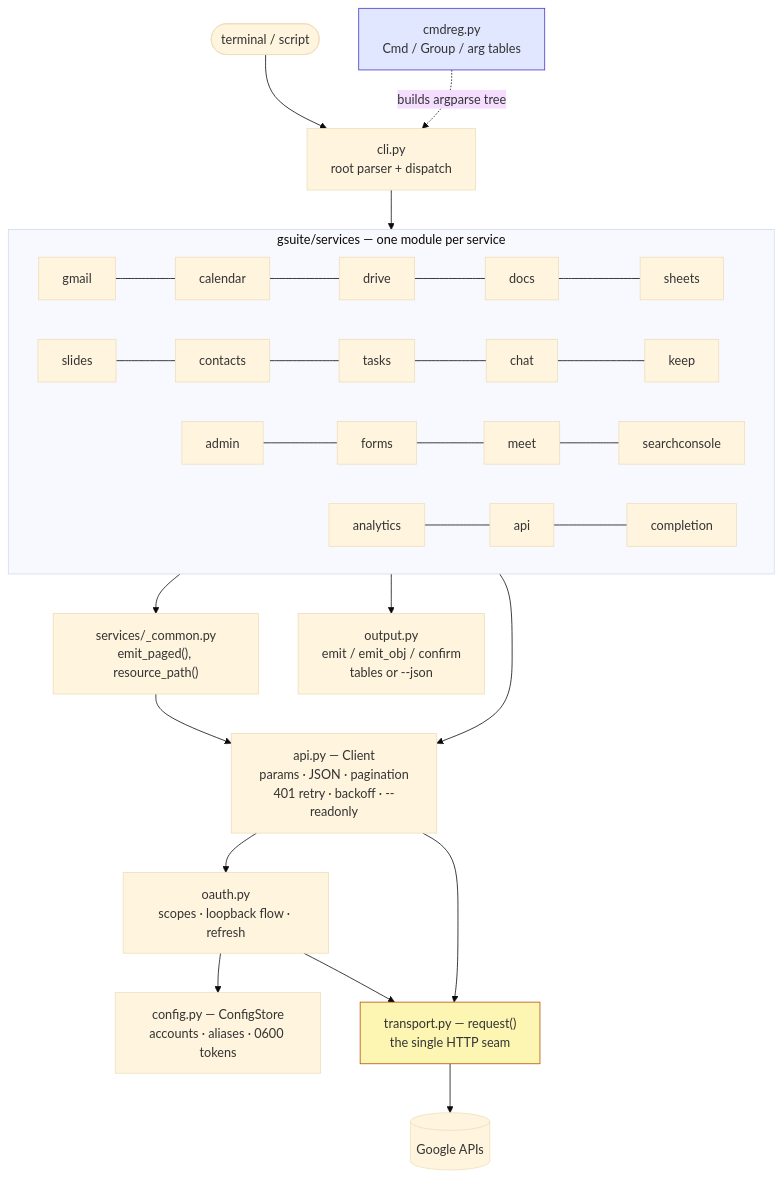
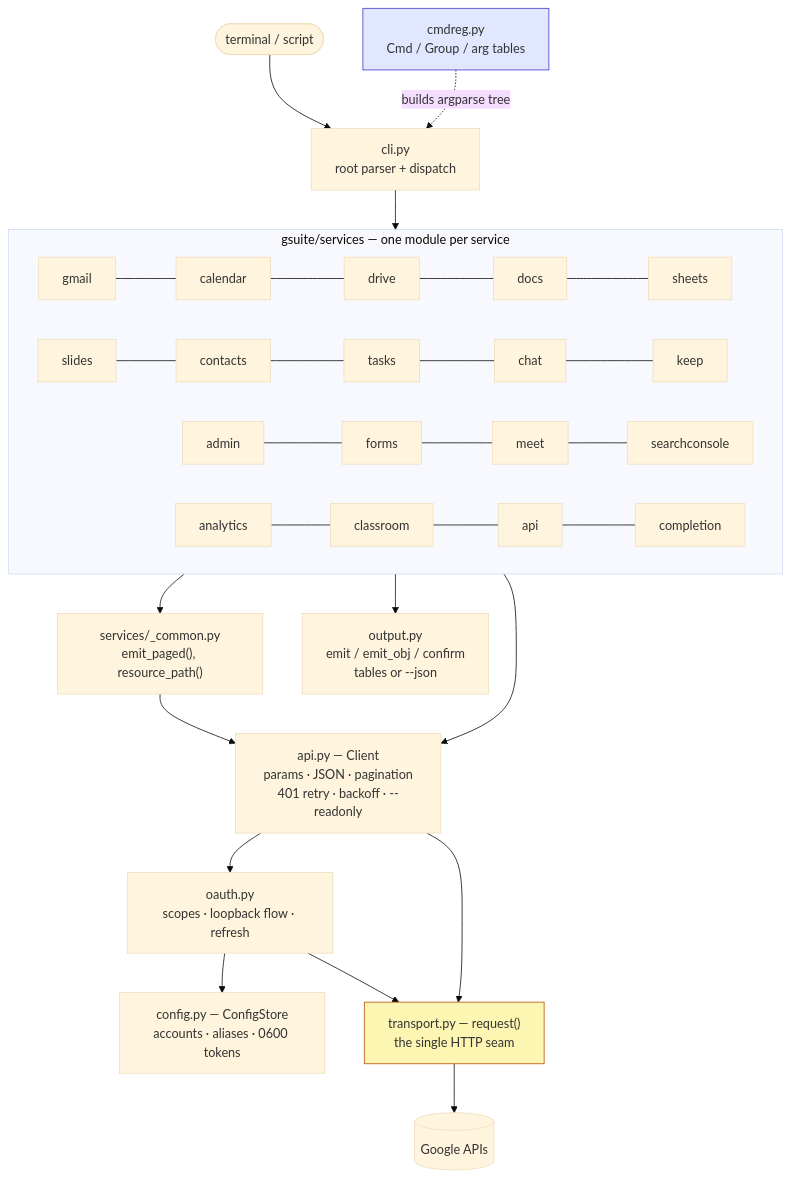
The first of 3 diagrams in docs/architecture.md (pfeilbr/git-scratchpad), drawn with Mermaid (base theme) before and after one commit. The commit also changed 13 other files, not shown here.

````diff
--- a/docs/architecture.md
+++ b/docs/architecture.md
@@ -9,27 +9,27 @@
 ```mermaid
 flowchart TD
     U([terminal / script]) --> CLI["cli.py<br/>root parser + dispatch"]
 
     subgraph SVC ["gsuite/services — one module per service"]
         direction LR
         GM[gmail] --- CA[calendar] --- DR[drive] --- DO[docs] --- SH[sheets]
         SL[slides] --- CO[contacts] --- TA[tasks] --- CH[chat] --- KE[keep]
         AD[admin] --- FO[forms] --- ME[meet] --- SC[searchconsole]
-        AN[analytics] --- AP[api] --- CP[completion]
+        AN[analytics] --- CR[classroom] --- AP[api] --- CP[completion]
     end
 
     CLI --> SVC
     REG["cmdreg.py<br/>Cmd / Group / arg tables"] -. "builds argparse tree" .-> CLI
     SVC --> COMMON["services/_common.py<br/>emit_paged(), resource_path()"]
     SVC --> OUT["output.py<br/>emit / emit_obj / confirm<br/>tables or --json"]
     COMMON --> CLIENT
     SVC --> CLIENT["api.py — Client<br/>params · JSON · pagination<br/>401 retry · backoff · --readonly"]
     CLIENT --> OAUTH["oauth.py<br/>scopes · loopback flow · refresh"]
     OAUTH --> CFG["config.py — ConfigStore<br/>accounts · aliases · 0600 tokens"]
     CLIENT --> T["transport.py — request()<br/>the single HTTP seam"]
     OAUTH --> T
     T --> G[(Google APIs)]
 
     style T fill:#fdf6b2,stroke:#b45309
     style REG fill:#e0e7ff,stroke:#4338ca
 ```
````
